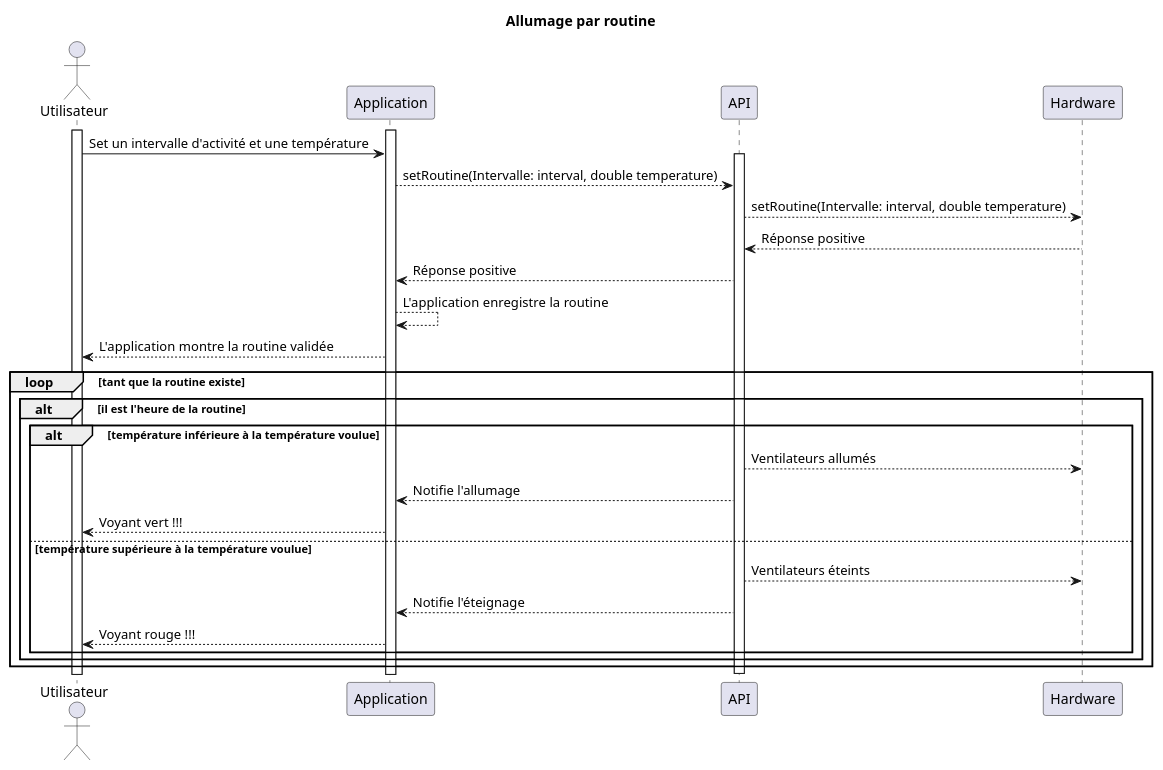
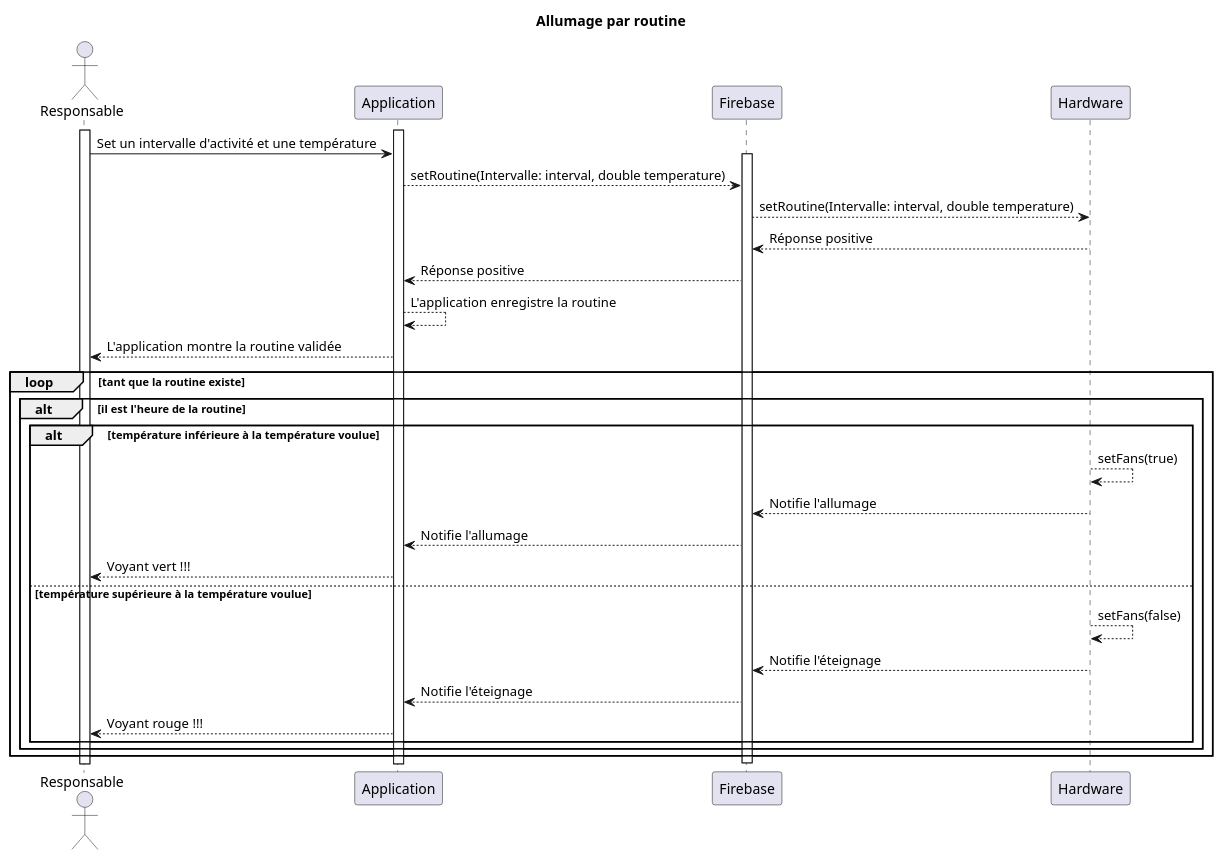
Before and after one commit to chauffapagnan/documentation: the diagram in diagrams/seq/turn_on_routine.puml, drawn with PlantUML. The commit also changed 11 other files, not shown here.

Commit message:
📝 mise à jour des diagrammes de séquence

```diff
--- a/diagrams/seq/turn_on_routine.puml
+++ b/diagrams/seq/turn_on_routine.puml
@@ -1,40 +1,42 @@
 @startuml
 
 title Allumage par routine
 
-actor Utilisateur
+actor Responsable
 
-activate Utilisateur
+activate Responsable
 activate Application
-participant API
+participant Firebase
 participant Hardware
 
-Utilisateur -> Application: Set un intervalle d'activité et une température
+Responsable -> Application: Set un intervalle d'activité et une température
 
 
-activate API
-Application --> API: setRoutine(Intervalle: interval, double temperature)
-API --> Hardware: setRoutine(Intervalle: interval, double temperature)
-Hardware --> API: Réponse positive
-API --> Application: Réponse positive
+activate Firebase
+Application --> Firebase: setRoutine(Intervalle: interval, double temperature)
+Firebase --> Hardware: setRoutine(Intervalle: interval, double temperature)
+Hardware --> Firebase: Réponse positive
+Firebase --> Application: Réponse positive
 
 Application --> Application: L'application enregistre la routine
-Application --> Utilisateur: L'application montre la routine validée
+Application --> Responsable: L'application montre la routine validée
 
 loop tant que la routine existe
     alt il est l'heure de la routine
         alt température inférieure à la température voulue
-            API --> Hardware: Ventilateurs allumés
-            API --> Application: Notifie l'allumage
-            Application --> Utilisateur: Voyant vert !!!
+            Hardware --> Hardware: setFans(true)
+            Hardware --> Firebase: Notifie l'allumage
+            Firebase --> Application: Notifie l'allumage
+            Application --> Responsable: Voyant vert !!!
         else température supérieure à la température voulue
-            API --> Hardware: Ventilateurs éteints
-            API --> Application: Notifie l'éteignage
-            Application --> Utilisateur: Voyant rouge !!!
+            Hardware --> Hardware: setFans(false)
+            Hardware --> Firebase: Notifie l'éteignage
+            Firebase --> Application: Notifie l'éteignage
+            Application --> Responsable: Voyant rouge !!!
         end
     end
 end
 
-deactivate API
+deactivate Firebase
 
 @enduml
```
